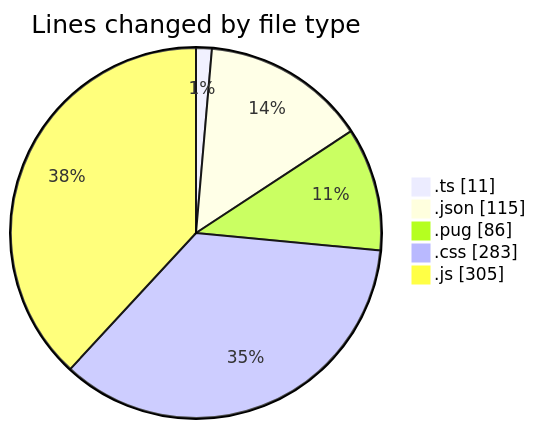
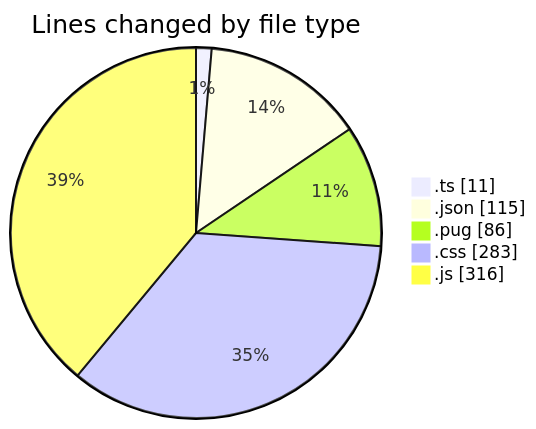
Before and after one commit to momahboobian/code-tracking: the first of 2 diagrams in 2025-02-24/cda/README.md, drawn with Mermaid. The commit also changed other lines of this file and 1 other file, not shown here.

````diff
--- a/2025-02-24/cda/README.md
+++ b/2025-02-24/cda/README.md
@@ -31,9 +31,9 @@
 ```mermaid
 pie showData
 title Lines changed by file type
 ".ts" : 11
 ".json" : 115
 ".pug" : 86
 ".css" : 283
-".js" : 305
+".js" : 316
 ```
````
